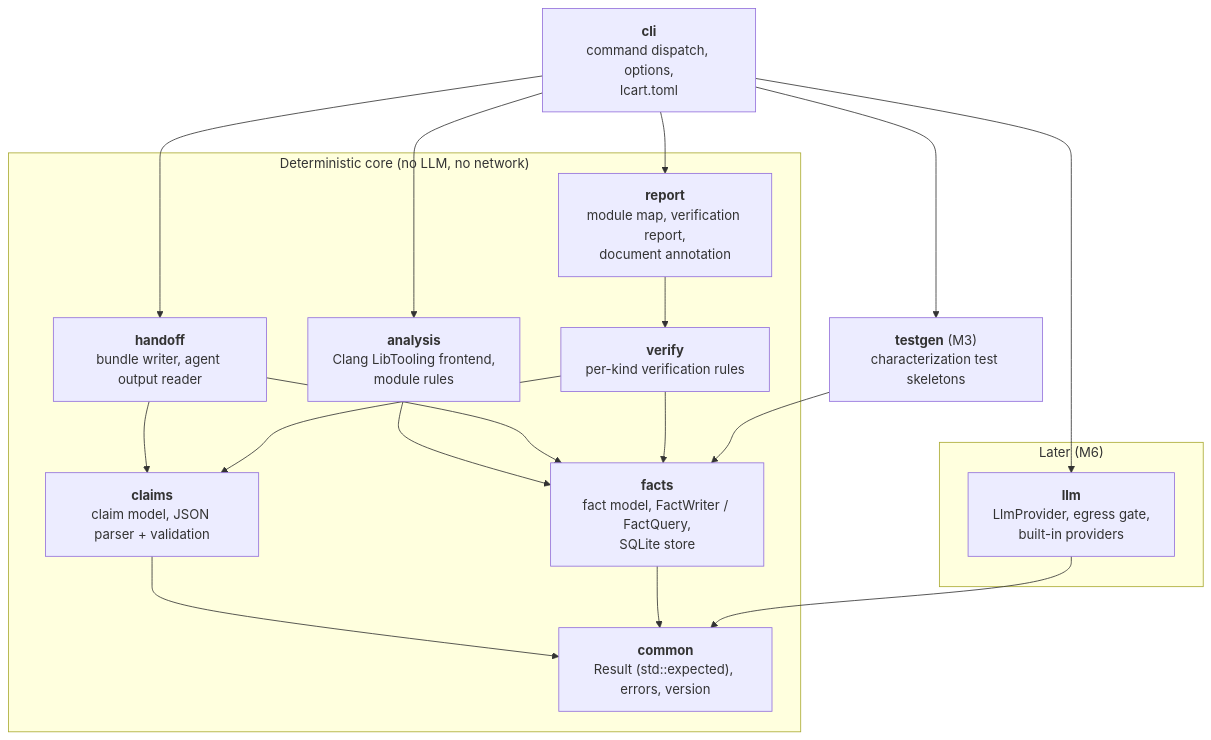
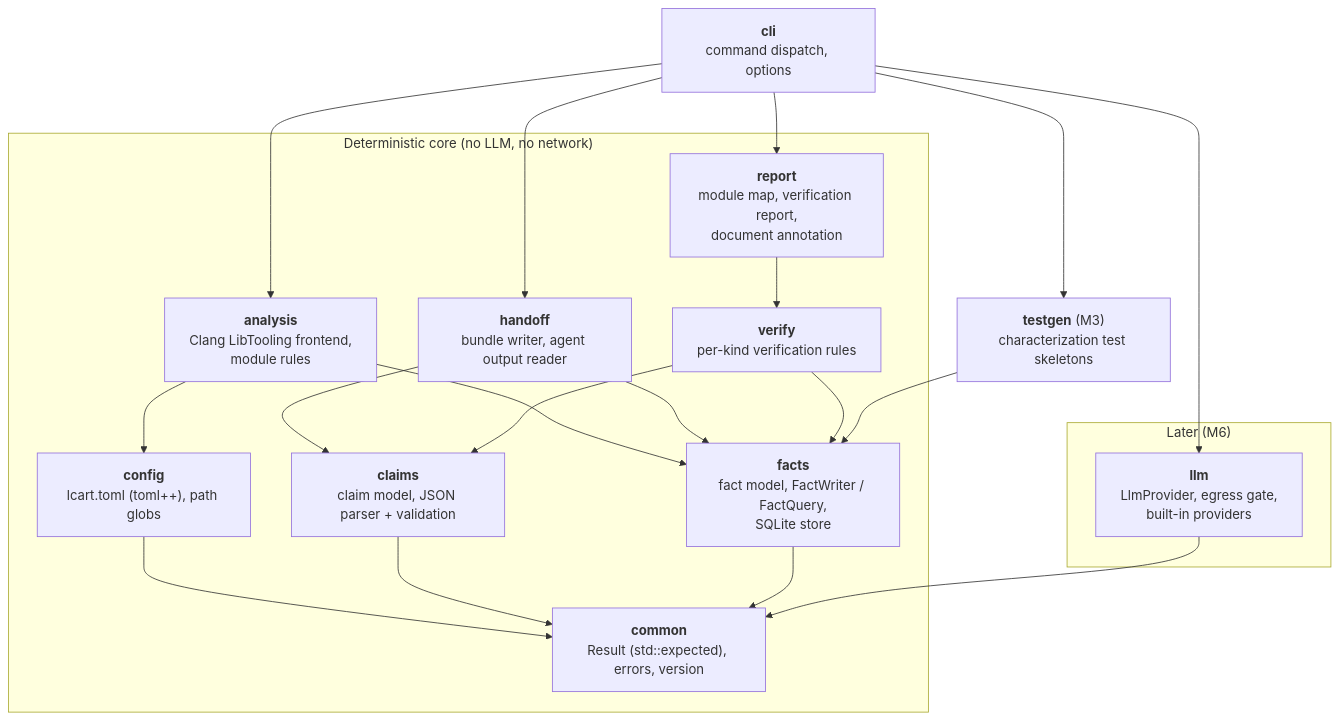
Before and after one commit to Tomek52/legacy-cartographer: the diagram in docs/architecture/c4-component.md, drawn with Mermaid. The commit also changed 9 other files, not shown here.

First line of the commit message:
fix(analysis): bound lcart.toml size and key depth before toml++ (B-11)

````diff
--- a/docs/architecture/c4-component.md
+++ b/docs/architecture/c4-component.md
@@ -6,30 +6,32 @@
 ```mermaid
 flowchart TB
-    cli["<b>cli</b><br/>command dispatch, options,<br/>lcart.toml"]
+    cli["<b>cli</b><br/>command dispatch, options"]
 
     subgraph det["Deterministic core (no LLM, no network)"]
         analysis["<b>analysis</b><br/>Clang LibTooling frontend,<br/>module rules"]
+        config["<b>config</b><br/>lcart.toml (toml++), path globs"]
         facts["<b>facts</b><br/>fact model, FactWriter / FactQuery,<br/>SQLite store"]
         claims["<b>claims</b><br/>claim model, JSON parser + validation"]
         verify["<b>verify</b><br/>per-kind verification rules"]
         report["<b>report</b><br/>module map, verification report,<br/>document annotation"]
         handoff["<b>handoff</b><br/>bundle writer, agent output reader"]
         common["<b>common</b><br/>Result (std::expected), errors, version"]
     end
 
     subgraph later["Later (M6)"]
         llm["<b>llm</b><br/>LlmProvider, egress gate,<br/>built-in providers"]
     end
 
     testgen["<b>testgen</b> (M3)<br/>characterization test skeletons"]
 
     cli --> analysis & report & handoff & llm & testgen
-    analysis --> facts
+    analysis --> facts & config
+    config --> common
     handoff --> claims & facts
     verify --> claims & facts
     report --> verify
     claims --> common
     facts --> common
     llm --> common
     testgen --> facts
 ```
````
